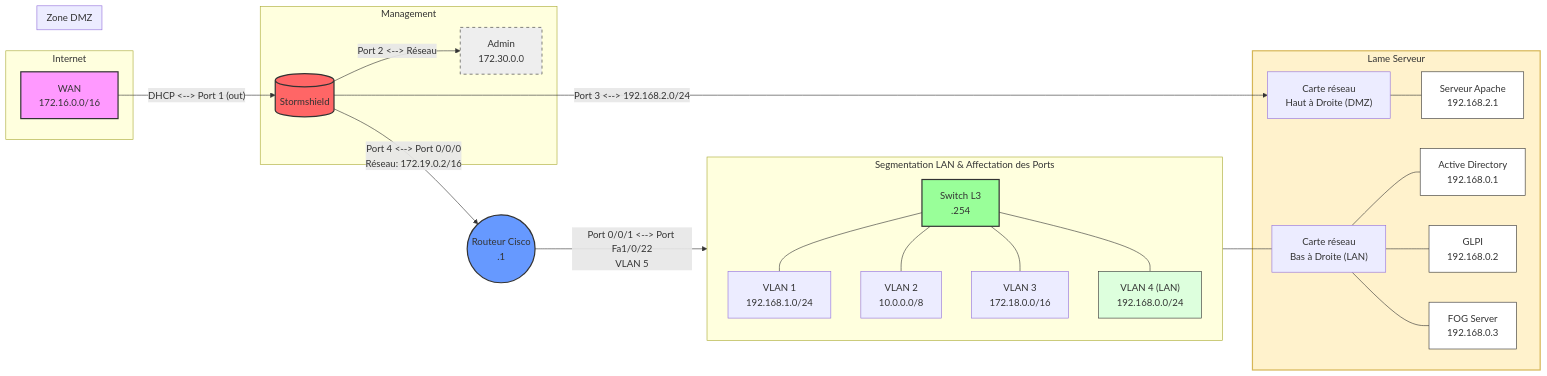
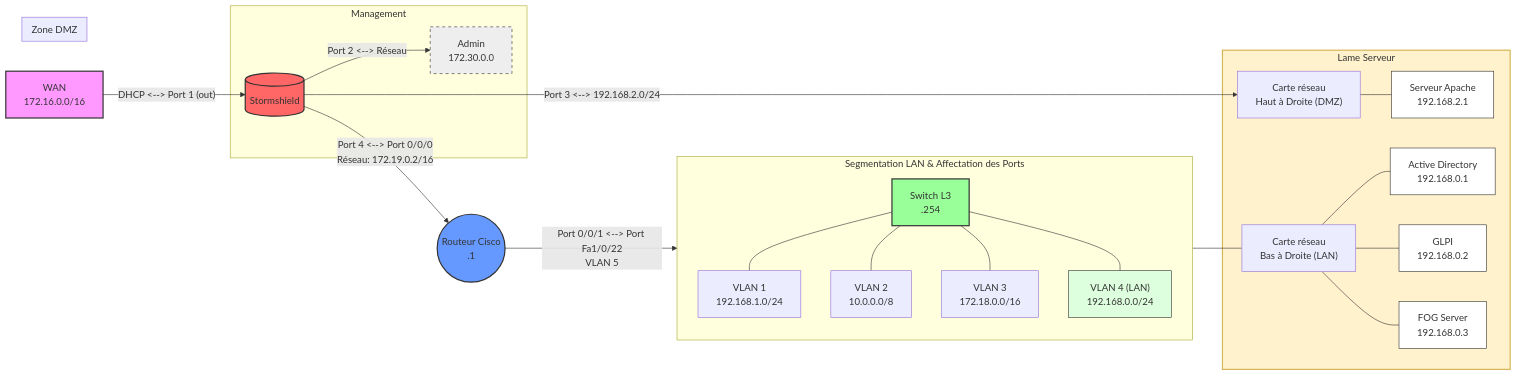
Before and after one commit to Trq-Builds/Schema-Reseau-M2L: the diagram in README.md, drawn with Mermaid.

````diff
--- a/README.md
+++ b/README.md
@@ -34,58 +34,57 @@
 ```mermaid
 graph LR
-    subgraph Internet
+    %% Définition du WAN sans subgraph
     WAN["WAN<br/>172.16.0.0/16"]
-    end
 
     WAN -- "DHCP <--> Port 1 (out)" --> FW[("Stormshield")]
 
     subgraph Management
     FW -- "Port 2 <--> Réseau" --> ADMIN["Admin<br/>172.30.0.0"]
     end
 
     subgraph LAME[Lame Serveur]
     NIC_DMZ["Carte réseau<br/>Haut à Droite (DMZ)"]
     NIC_LAN["Carte réseau<br/>Bas à Droite (LAN)"]
     
     APACHE["Serveur Apache<br/>192.168.2.1"]
     
-    %% Nouveaux éléments LAN
     AD["Active Directory<br/>192.168.0.1"]
     GLPI["GLPI<br/>192.168.0.2"]
     FOG["FOG Server<br/>192.168.0.3"]
     end
 
     subgraph DMZ_Zone[Zone DMZ]
     FW -- "Port 3 <--> 192.168.2.0/24" --> NIC_DMZ
     NIC_DMZ --- APACHE
     end
 
     FW -- "Port 4 <--> Port 0/0/0<br/>Réseau: 172.19.0.2/16" --> R1(("Routeur Cisco<br/>.1"))
     
     R1 -- "Port 0/0/1 <--> Port Fa1/0/22<br/>VLAN 5<br/>" --> SW["Switch L3<br/>.254"]
 
     subgraph LAN_Segmentation[Segmentation LAN & Affectation des Ports]
     direction TB
     SW --- V1["VLAN 1<br/>192.168.1.0/24"]
     SW --- V2["VLAN 2<br/>10.0.0.0/8"]
     SW --- V3["VLAN 3<br/>172.18.0.0/16"]
     SW --- V4["VLAN 4 (LAN)<br/>192.168.0.0/24"]
     end
 
     V4 --- NIC_LAN
     NIC_LAN --- AD
     NIC_LAN --- GLPI
     NIC_LAN --- FOG
 
+    %% Styles
     style WAN fill:#f9f,stroke:#333,stroke-width:2px
     style FW fill:#f66,stroke:#333,stroke-width:2px
     style R1 fill:#69f,stroke:#333,stroke-width:2px
     style SW fill:#9f9,stroke:#333,stroke-width:2px
     style V4 fill:#dfd,stroke:#333
     style ADMIN fill:#eee,stroke:#333,stroke-dasharray: 5 5
     style LAME fill:#fff2cc,stroke:#d6b656,stroke-width:2px
     style APACHE fill:#fff,stroke:#333
     style AD fill:#fff,stroke:#333
     style GLPI fill:#fff,stroke:#333
     style FOG fill:#fff,stroke:#333
 ```
````
